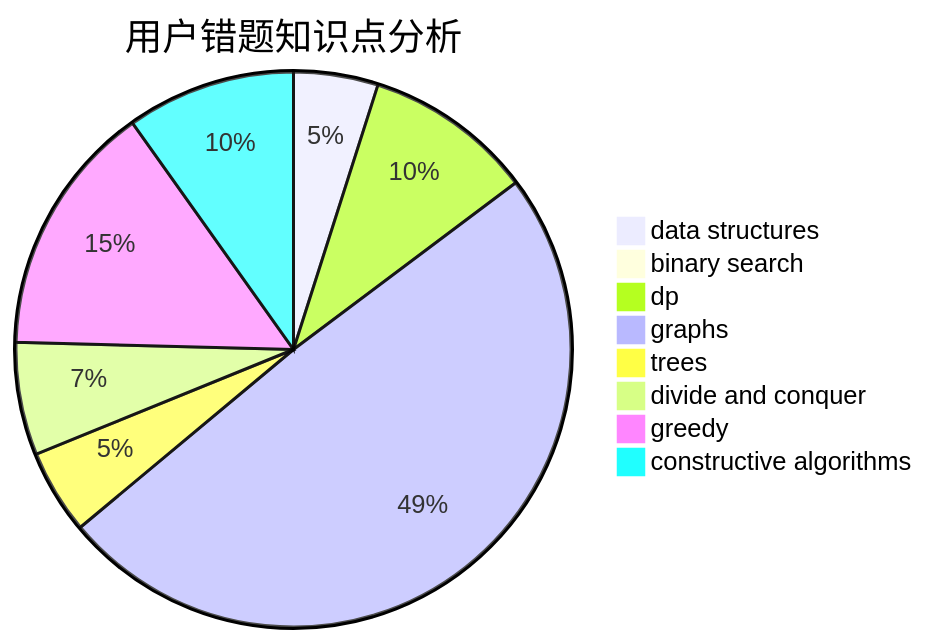
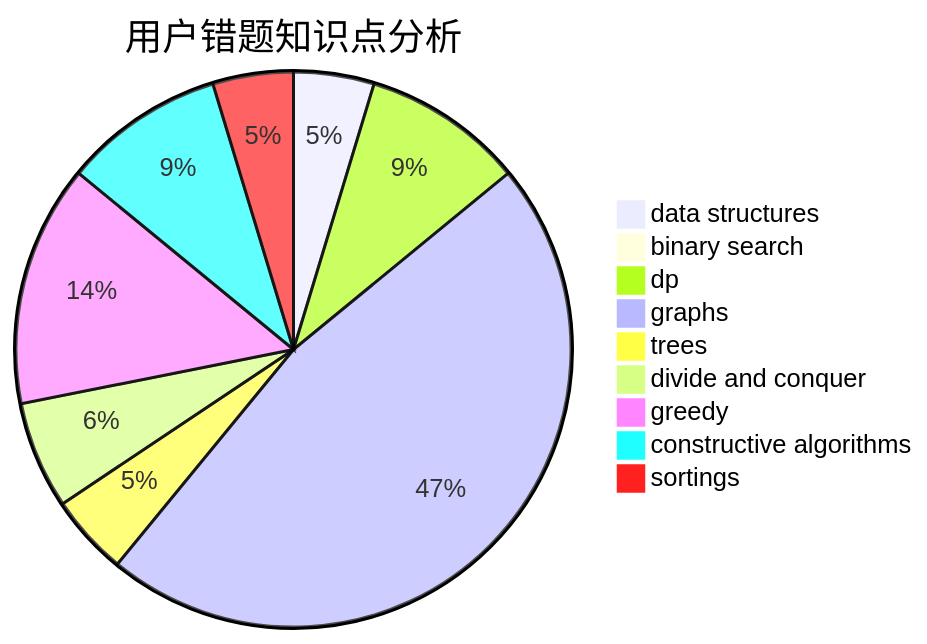
Before and after one commit to sherpahu/cfrs.github.io: the third of 3 diagrams in docs/user/u372.md, drawn with Mermaid. The commit also changed other lines of this file and 2769 other files, not shown here.

````diff
--- a/docs/user/u372.md
+++ b/docs/user/u372.md
@@ -36,11 +32,12 @@
 ```mermaid
 pie title 用户错题知识点分析
     "data structures" :  3
     "binary search" :  0
     "dp" :  6
     "graphs" :  30
     "trees" :  3
     "divide and conquer" :  4
     "greedy" :  9
     "constructive algorithms" :  6
+    "sortings" :  3
 ```
````
